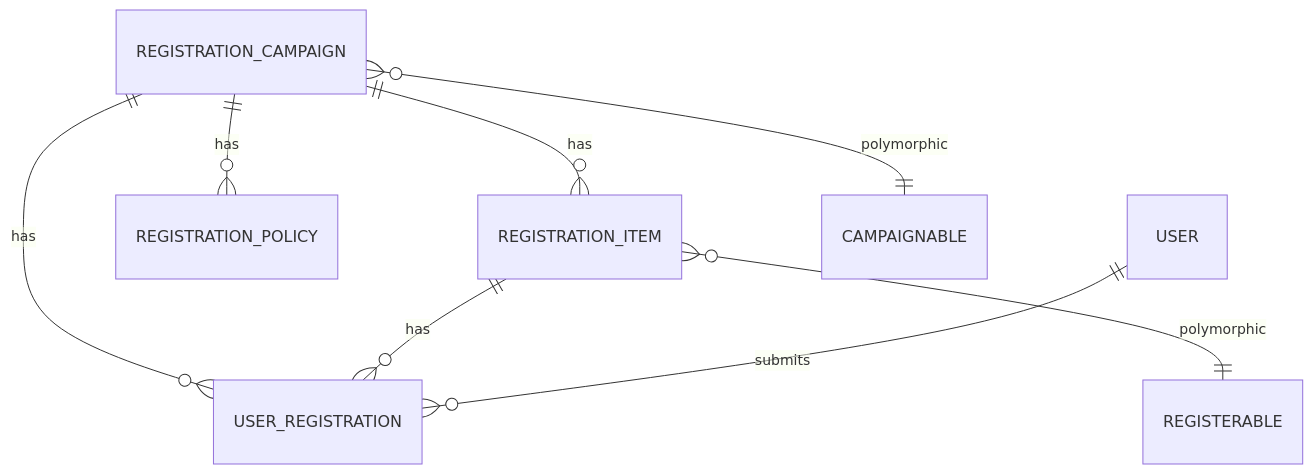
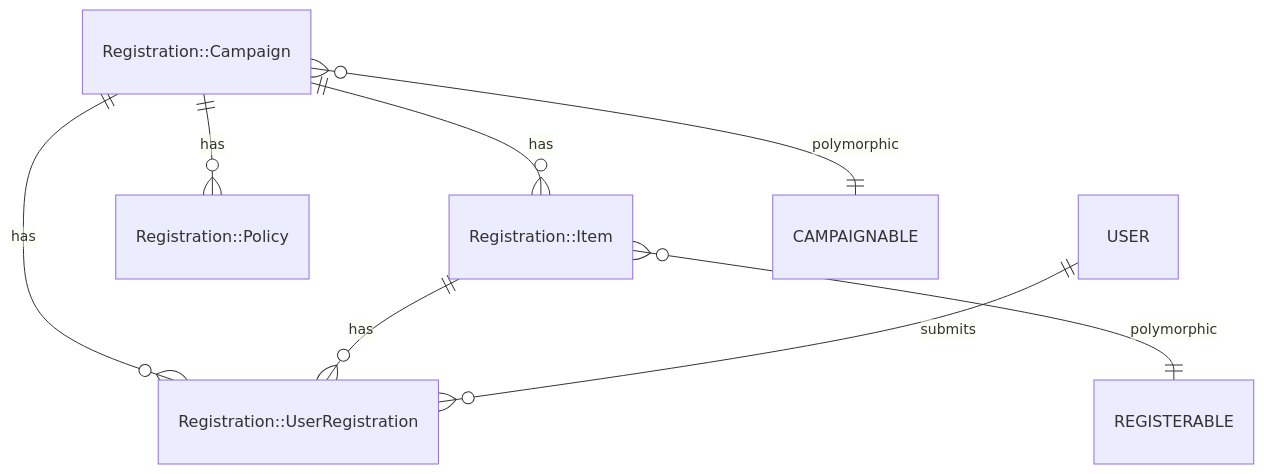
One commit to MaMpf-HD/mampf changed the second of 2 diagrams in architecture/src/features/02-registration-system.md. Above: the diagram before and after it, drawn with Mermaid. The commit also changed other lines of this file and 9 other files, not shown here.

````diff
--- a/architecture/src/features/02-registration-system.md
+++ b/architecture/src/features/02-registration-system.md
@@ -734,10 +775,10 @@
 ```mermaid
 erDiagram
-	REGISTRATION_CAMPAIGN ||--o{ REGISTRATION_ITEM : has
-	REGISTRATION_CAMPAIGN ||--o{ REGISTRATION_POLICY : has
-	REGISTRATION_CAMPAIGN ||--o{ USER_REGISTRATION : has
-	REGISTRATION_ITEM ||--o{ USER_REGISTRATION : has
-	USER ||--o{ USER_REGISTRATION : submits
-	REGISTRATION_ITEM }o--|| REGISTERABLE : polymorphic
-	REGISTRATION_CAMPAIGN }o--|| CAMPAIGNABLE : polymorphic
+  "Registration::Campaign" ||--o{ "Registration::Item" : has
+  "Registration::Campaign" ||--o{ "Registration::Policy" : has
+  "Registration::Campaign" ||--o{ "Registration::UserRegistration" : has
+  "Registration::Item" ||--o{ "Registration::UserRegistration" : has
+  USER ||--o{ "Registration::UserRegistration" : submits
+  "Registration::Item" }o--|| REGISTERABLE : polymorphic
+  "Registration::Campaign" }o--|| CAMPAIGNABLE : polymorphic
 ```
````
